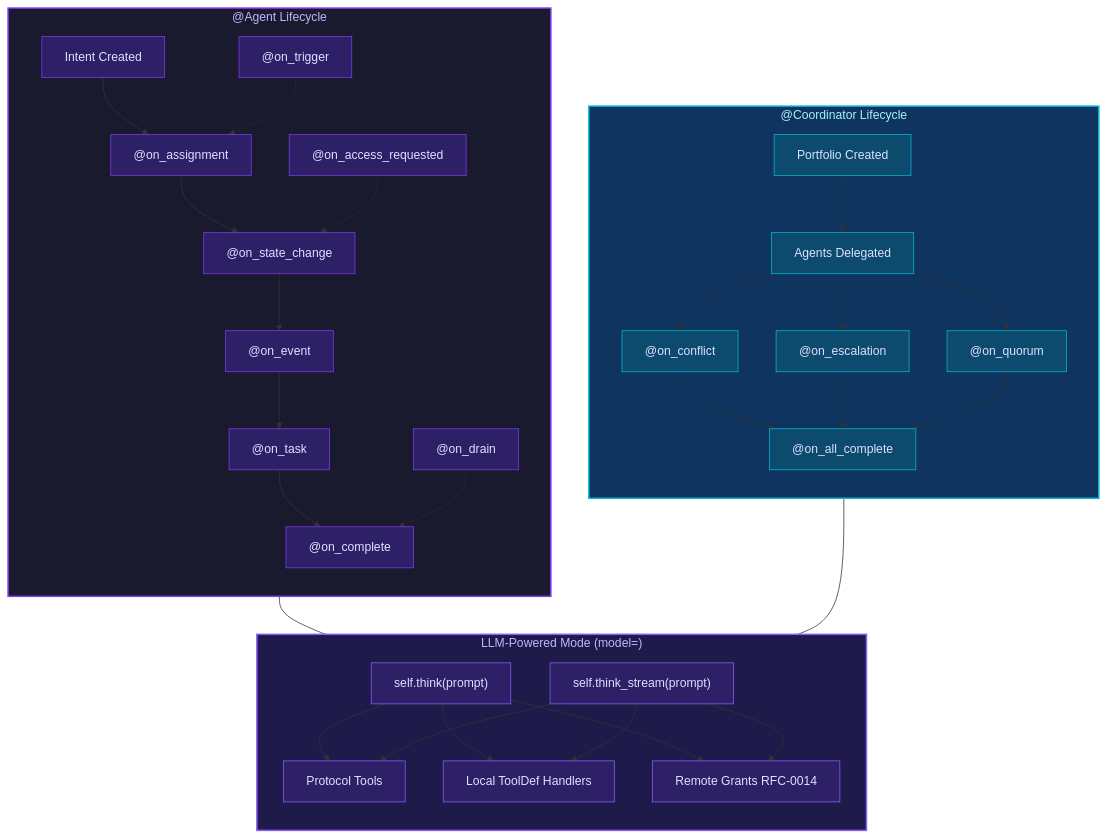
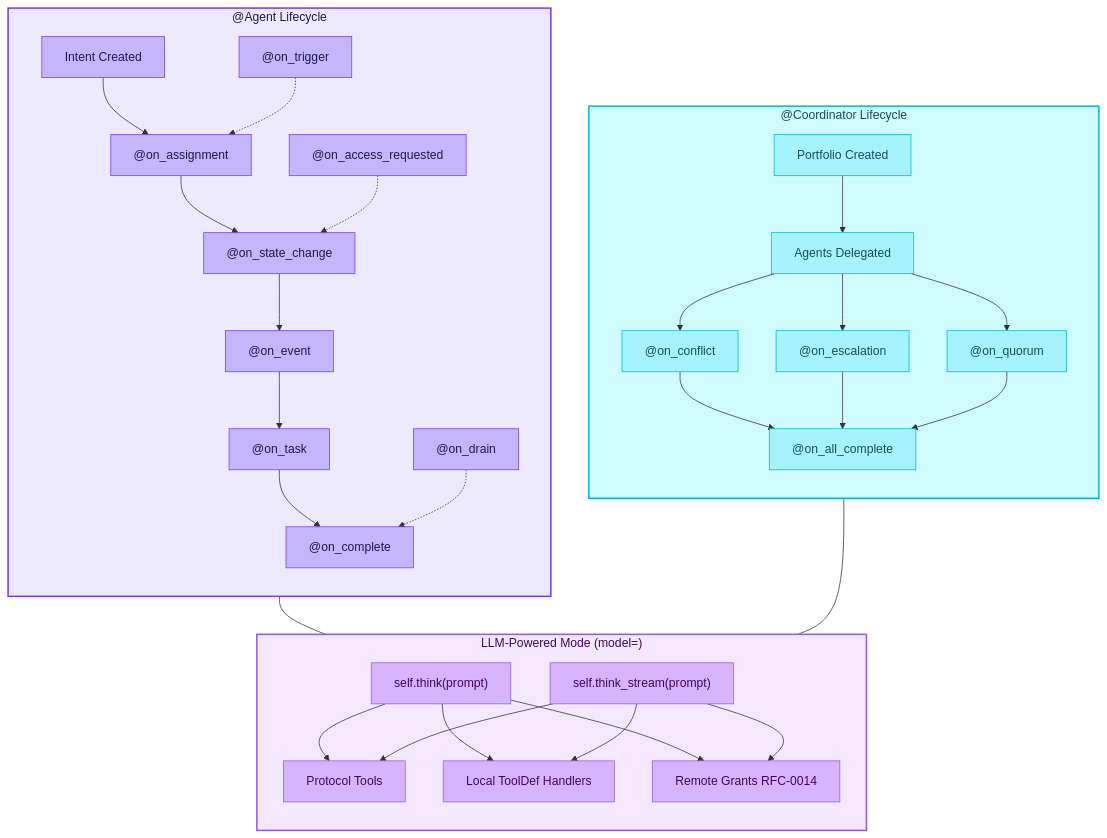
Before and after one commit to openintent-ai/openintent: the fourth of 4 diagrams in README.md, drawn with Mermaid. The commit also changed other lines of this file and 60 other files, not shown here.

````diff
--- a/README.md
+++ b/README.md
@@ -216,30 +216,30 @@
     AgentDecorators --- LLM
     CoordDecorators --- LLM
 
-    style AgentDecorators fill:#1a1a2e,color:#c4b5fd,stroke:#7c3aed,stroke-width:2px
-    style CoordDecorators fill:#0f3460,color:#a5f3fc,stroke:#06b6d4,stroke-width:2px
-    style LLM fill:#1e1b4b,color:#c4b5fd,stroke:#8b5cf6,stroke-width:2px
+    style AgentDecorators fill:#ede9fe,color:#1e1b4b,stroke:#7c3aed,stroke-width:2px
+    style CoordDecorators fill:#cffafe,color:#164e63,stroke:#06b6d4,stroke-width:2px
+    style LLM fill:#f3e8ff,color:#3b0764,stroke:#8b5cf6,stroke-width:2px
 
-    style E1 fill:#2d2066,color:#e0e0ff,stroke:#7c3aed
-    style E2 fill:#2d2066,color:#e0e0ff,stroke:#7c3aed
-    style E3 fill:#2d2066,color:#e0e0ff,stroke:#7c3aed
-    style E4 fill:#2d2066,color:#e0e0ff,stroke:#7c3aed
-    style E5 fill:#2d2066,color:#e0e0ff,stroke:#7c3aed
-    style E6 fill:#2d2066,color:#e0e0ff,stroke:#7c3aed
-    style E7 fill:#2d2066,color:#e0e0ff,stroke:#7c3aed
-    style E8 fill:#2d2066,color:#e0e0ff,stroke:#7c3aed
-    style E9 fill:#2d2066,color:#e0e0ff,stroke:#7c3aed
+    style E1 fill:#c4b5fd,color:#1e1b4b,stroke:#7c3aed
+    style E2 fill:#c4b5fd,color:#1e1b4b,stroke:#7c3aed
+    style E3 fill:#c4b5fd,color:#1e1b4b,stroke:#7c3aed
+    style E4 fill:#c4b5fd,color:#1e1b4b,stroke:#7c3aed
+    style E5 fill:#c4b5fd,color:#1e1b4b,stroke:#7c3aed
+    style E6 fill:#c4b5fd,color:#1e1b4b,stroke:#7c3aed
+    style E7 fill:#c4b5fd,color:#1e1b4b,stroke:#7c3aed
+    style E8 fill:#c4b5fd,color:#1e1b4b,stroke:#7c3aed
+    style E9 fill:#c4b5fd,color:#1e1b4b,stroke:#7c3aed
 
-    style D1 fill:#0c4a6e,color:#e0e0ff,stroke:#06b6d4
-    style D2 fill:#0c4a6e,color:#e0e0ff,stroke:#06b6d4
-    style D3 fill:#0c4a6e,color:#e0e0ff,stroke:#06b6d4
-    style D4 fill:#0c4a6e,color:#e0e0ff,stroke:#06b6d4
-    style D5 fill:#0c4a6e,color:#e0e0ff,stroke:#06b6d4
-    style D6 fill:#0c4a6e,color:#e0e0ff,stroke:#06b6d4
+    style D1 fill:#a5f3fc,color:#164e63,stroke:#06b6d4
+    style D2 fill:#a5f3fc,color:#164e63,stroke:#06b6d4
+    style D3 fill:#a5f3fc,color:#164e63,stroke:#06b6d4
+    style D4 fill:#a5f3fc,color:#164e63,stroke:#06b6d4
+    style D5 fill:#a5f3fc,color:#164e63,stroke:#06b6d4
+    style D6 fill:#a5f3fc,color:#164e63,stroke:#06b6d4
 
-    style L1 fill:#2d2066,color:#e0e0ff,stroke:#8b5cf6
-    style L2 fill:#2d2066,color:#e0e0ff,stroke:#8b5cf6
-    style L3 fill:#2d2066,color:#e0e0ff,stroke:#8b5cf6
-    style L4 fill:#2d2066,color:#e0e0ff,stroke:#8b5cf6
-    style L5 fill:#2d2066,color:#e0e0ff,stroke:#8b5cf6
+    style L1 fill:#d8b4fe,color:#3b0764,stroke:#8b5cf6
+    style L2 fill:#d8b4fe,color:#3b0764,stroke:#8b5cf6
+    style L3 fill:#d8b4fe,color:#3b0764,stroke:#8b5cf6
+    style L4 fill:#d8b4fe,color:#3b0764,stroke:#8b5cf6
+    style L5 fill:#d8b4fe,color:#3b0764,stroke:#8b5cf6
 ```
````
